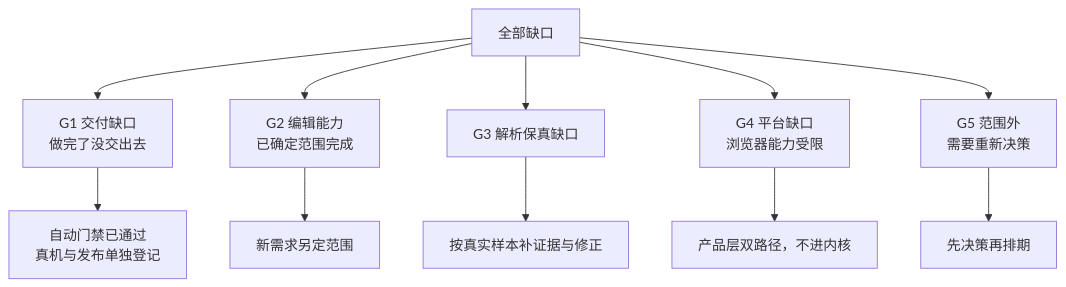
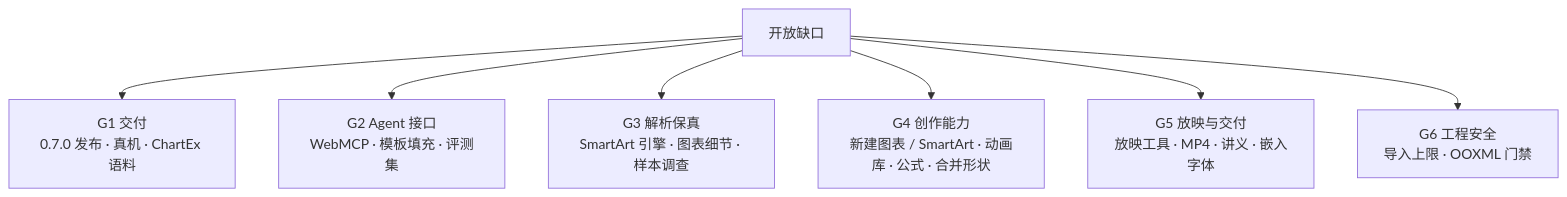
Before and after one commit to unStone/web-ppt: the first of 4 diagrams in docs/roadmap.md, drawn with Mermaid. The commit also changed other lines of this file and 25 other files, not shown here.

First line of the commit message:
docs: 按当前进度重整 roadmap，新增桌面能力补齐地图

````diff
--- a/docs/roadmap.md
+++ b/docs/roadmap.md
@@ -125,13 +151,9 @@
 ```mermaid
 flowchart TD
-    G["全部缺口"] --> A["G1 交付缺口<br/>做完了没交出去"]
-    G --> B["G2 编辑能力<br/>已确定范围完成"]
-    G --> C["G3 解析保真缺口"]
-    G --> D["G4 平台缺口<br/>浏览器能力受限"]
-    G --> E["G5 范围外<br/>需要重新决策"]
-    A --> A1["自动门禁已通过<br/>真机与发布单独登记"]
-    B --> B1["新需求另定范围"]
-    C --> C1["按真实样本补证据与修正"]
-    D --> D1["产品层双路径，不进内核"]
-    E --> E1["先决策再排期"]
+    G["开放缺口"] --> A["G1 交付<br/>0.7.0 发布 · 真机 · ChartEx 语料"]
+    G --> B["G2 Agent 接口<br/>WebMCP · 模板填充 · 评测集"]
+    G --> C["G3 解析保真<br/>SmartArt 引擎 · 图表细节 · 样本调查"]
+    G --> D["G4 创作能力<br/>新建图表 / SmartArt · 动画库 · 公式 · 合并形状"]
+    G --> E["G5 放映与交付<br/>放映工具 · MP4 · 讲义 · 嵌入字体"]
+    G --> F["G6 工程安全<br/>导入上限 · OOXML 门禁"]
 ```
````
